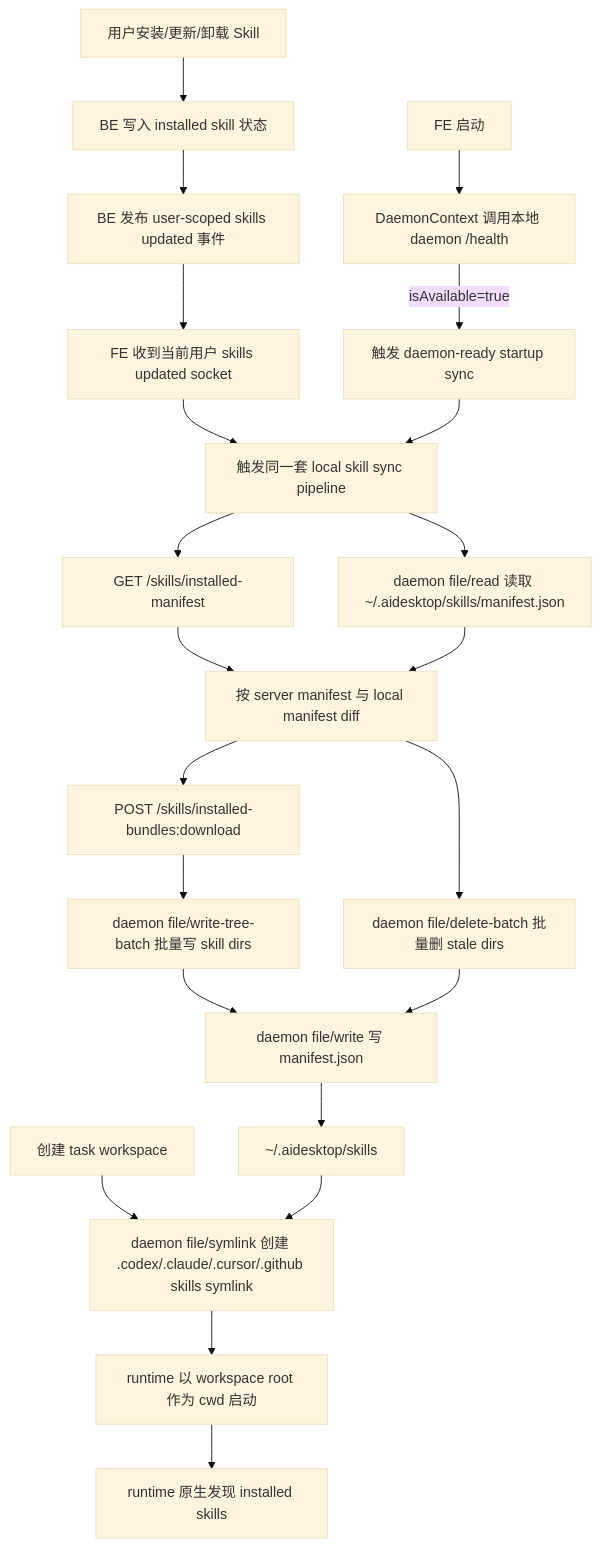
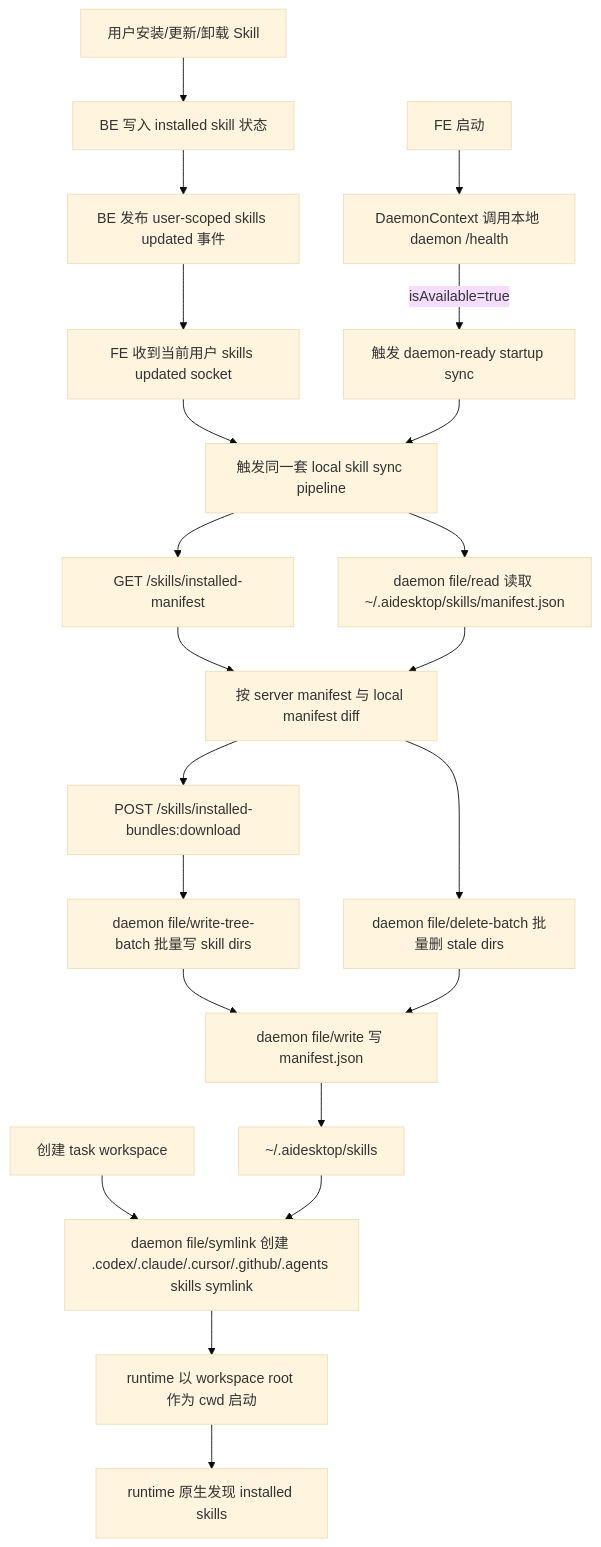
The diagram in ai-desk/Skill/local-materialization/specs/00-overview.md (karmiy/rc-obsidian-docs), drawn with Mermaid (base theme) before and after one commit. The commit also changed other lines of this file and 16 other files, not shown here.

````diff
--- a/ai-desk/Skill/local-materialization/specs/00-overview.md
+++ b/ai-desk/Skill/local-materialization/specs/00-overview.md
@@ -21,27 +21,27 @@
 ```mermaid
 flowchart TD
   User["用户安装/更新/卸载 Skill"] --> BEWrite["BE 写入 installed skill 状态"]
   BEWrite --> BESocket["BE 发布 user-scoped skills updated 事件"]
 
   FEStart["FE 启动"] --> DaemonHealth["DaemonContext 调用本地 daemon /health"]
   DaemonHealth -->|isAvailable=true| SyncTrigger["触发 daemon-ready startup sync"]
   BESocket --> SocketTrigger["FE 收到当前用户 skills updated socket"]
   SocketTrigger --> SyncPipeline["触发同一套 local skill sync pipeline"]
   SyncTrigger --> SyncPipeline
 
   SyncPipeline --> ManifestAPI["GET /skills/installed-manifest"]
   SyncPipeline --> LocalManifest["daemon file/read 读取 ~/.aidesktop/skills/manifest.json"]
   ManifestAPI --> Diff["按 server manifest 与 local manifest diff"]
   LocalManifest --> Diff
   Diff --> BundleAPI["POST /skills/installed-bundles:download"]
   BundleAPI --> BatchWrite["daemon file/write-tree-batch 批量写 skill dirs"]
   Diff --> BatchDelete["daemon file/delete-batch 批量删 stale dirs"]
   BatchWrite --> ManifestWrite["daemon file/write 写 manifest.json"]
   BatchDelete --> ManifestWrite
 
-  TaskCreate["创建 task workspace"] --> EnsureLinks["daemon file/symlink 创建 .codex/.claude/.cursor/.github skills symlink"]
+  TaskCreate["创建 task workspace"] --> EnsureLinks["daemon file/symlink 创建 .codex/.claude/.cursor/.github/.agents skills symlink"]
   ManifestWrite --> GlobalSkills["~/.aidesktop/skills"]
   GlobalSkills --> EnsureLinks
   EnsureLinks --> RuntimeStart["runtime 以 workspace root 作为 cwd 启动"]
   RuntimeStart --> NativeDiscovery["runtime 原生发现 installed skills"]
 ```
````
